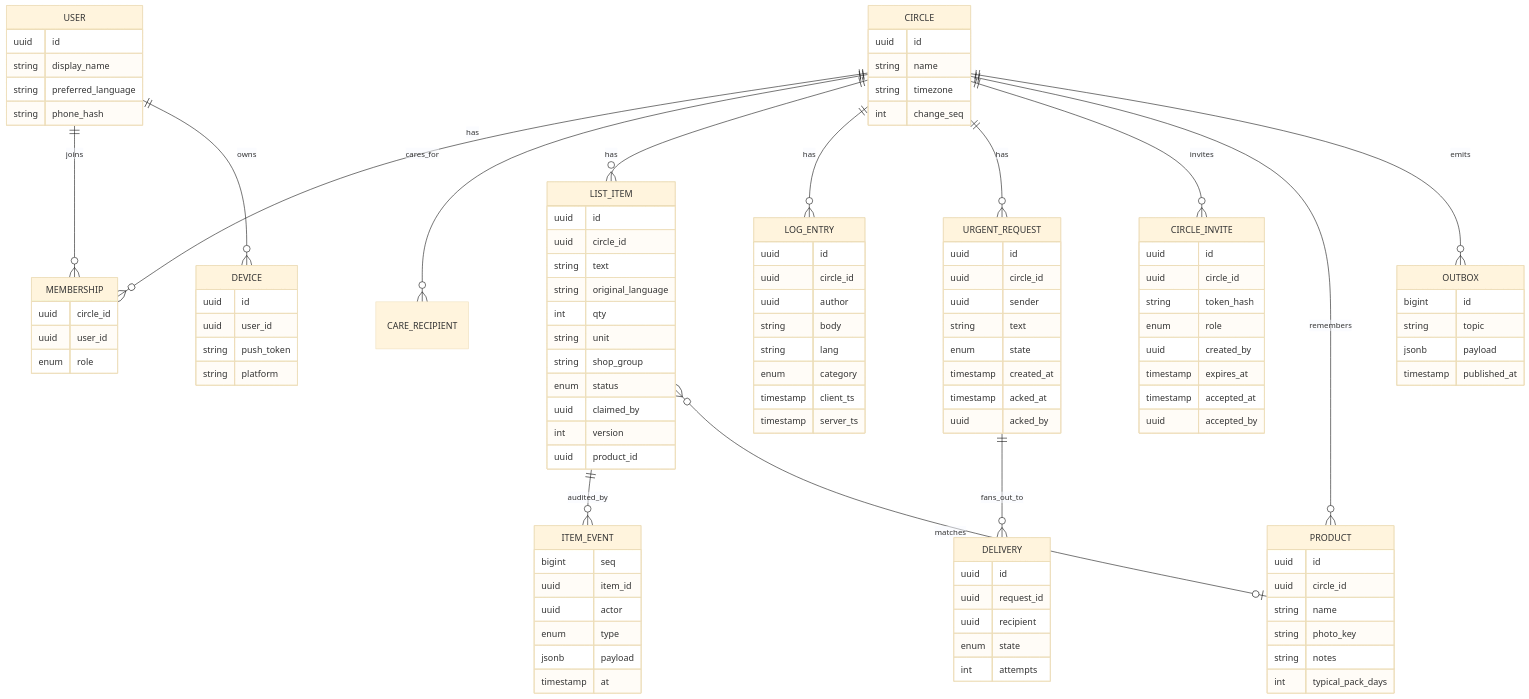
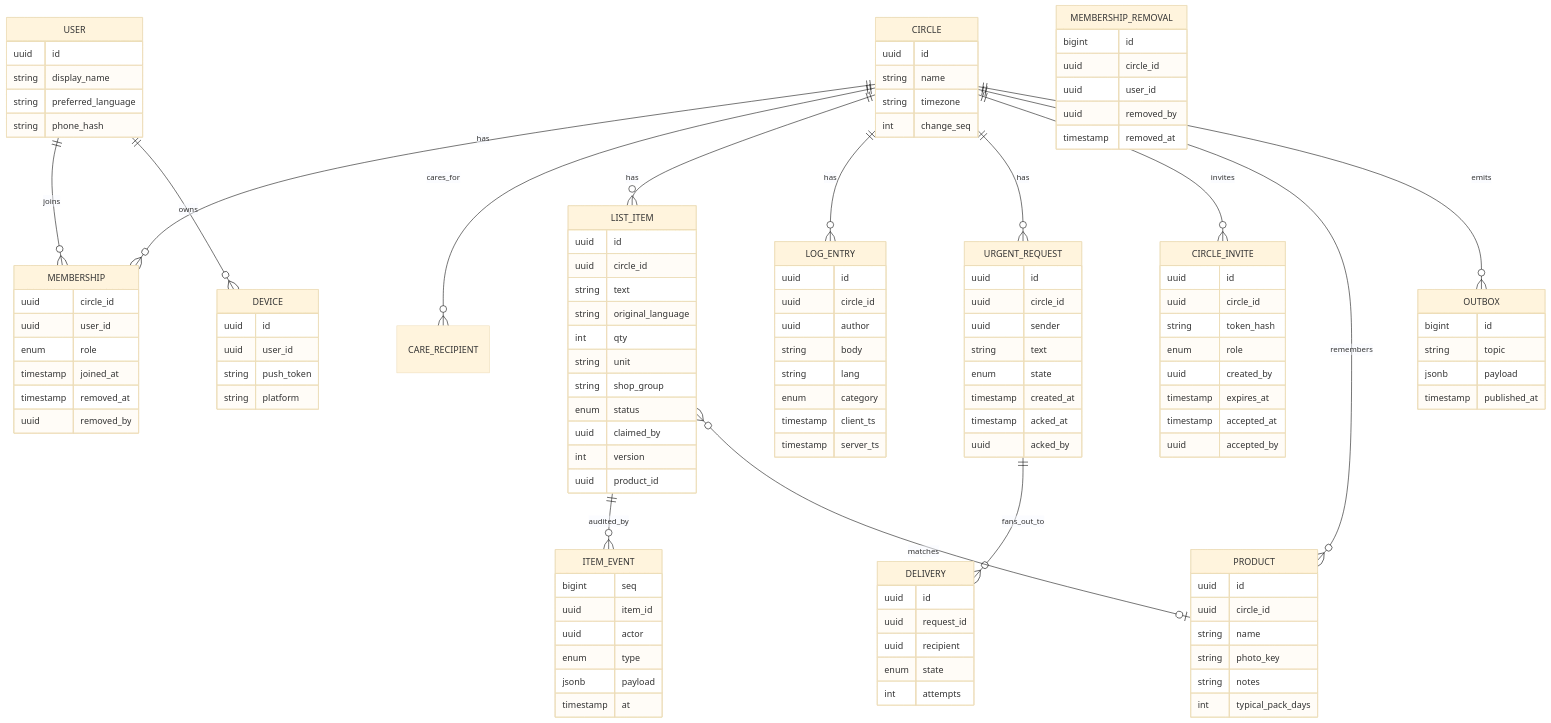
One commit to janani1992/caregiver changed the second of 5 diagrams in docs/architecture.md. Above: the diagram before and after it, drawn with Mermaid (base theme). The commit also changed other lines of this file and 26 other files, not shown here.

````diff
--- a/docs/architecture.md
+++ b/docs/architecture.md
@@ -99,29 +99,30 @@
 ```mermaid
 erDiagram
     CIRCLE ||--o{ MEMBERSHIP : has
     USER ||--o{ MEMBERSHIP : joins
     CIRCLE ||--o{ CARE_RECIPIENT : cares_for
     CIRCLE ||--o{ LIST_ITEM : has
     LIST_ITEM ||--o{ ITEM_EVENT : audited_by
     CIRCLE ||--o{ LOG_ENTRY : has
     CIRCLE ||--o{ URGENT_REQUEST : has
     URGENT_REQUEST ||--o{ DELIVERY : fans_out_to
     CIRCLE ||--o{ CIRCLE_INVITE : invites
     CIRCLE ||--o{ PRODUCT : remembers
     LIST_ITEM }o--o| PRODUCT : matches
     USER ||--o{ DEVICE : owns
     CIRCLE ||--o{ OUTBOX : emits
 
     CIRCLE { uuid id string name string timezone int change_seq }
     USER { uuid id string display_name string preferred_language string phone_hash }
-    MEMBERSHIP { uuid circle_id uuid user_id enum role }
+    MEMBERSHIP { uuid circle_id uuid user_id enum role timestamp joined_at timestamp removed_at uuid removed_by }
+    MEMBERSHIP_REMOVAL { bigint id uuid circle_id uuid user_id uuid removed_by timestamp removed_at }
     CIRCLE_INVITE { uuid id uuid circle_id string token_hash enum role uuid created_by timestamp expires_at timestamp accepted_at uuid accepted_by }
     LIST_ITEM { uuid id uuid circle_id string text string original_language int qty string unit string shop_group enum status uuid claimed_by int version uuid product_id }
     ITEM_EVENT { bigint seq uuid item_id uuid actor enum type jsonb payload timestamp at }
     LOG_ENTRY { uuid id uuid circle_id uuid author string body string lang enum category timestamp client_ts timestamp server_ts }
     URGENT_REQUEST { uuid id uuid circle_id uuid sender string text enum state timestamp created_at timestamp acked_at uuid acked_by }
     DELIVERY { uuid id uuid request_id uuid recipient enum state int attempts }
     PRODUCT { uuid id uuid circle_id string name string photo_key string notes int typical_pack_days }
     DEVICE { uuid id uuid user_id string push_token string platform }
     OUTBOX { bigint id string topic jsonb payload timestamp published_at }
 ```
````
